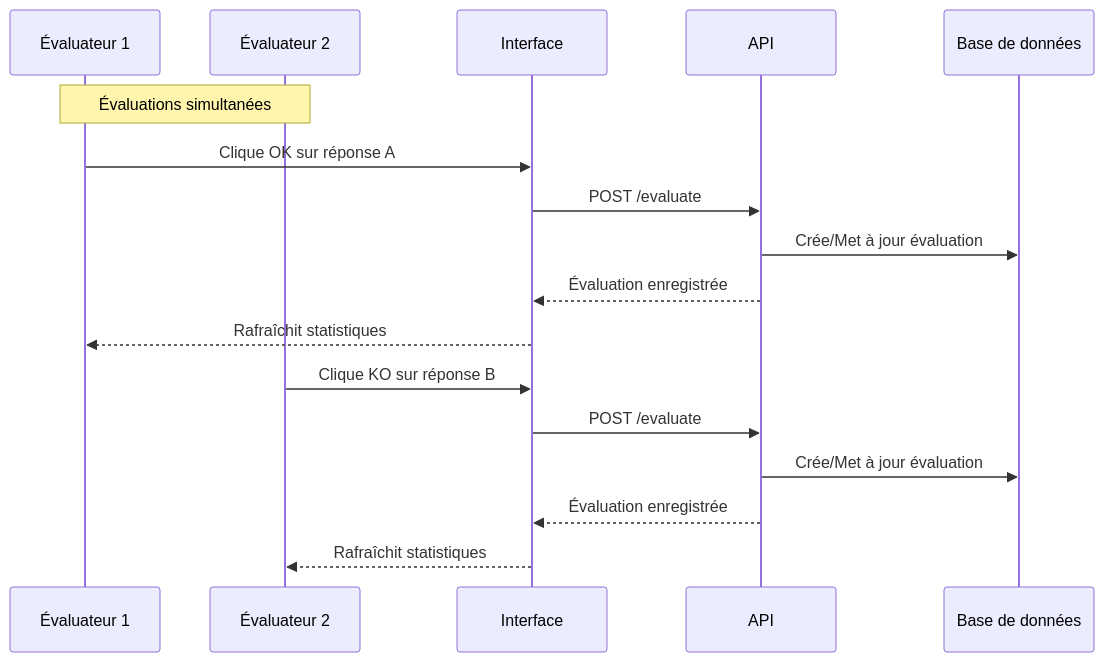
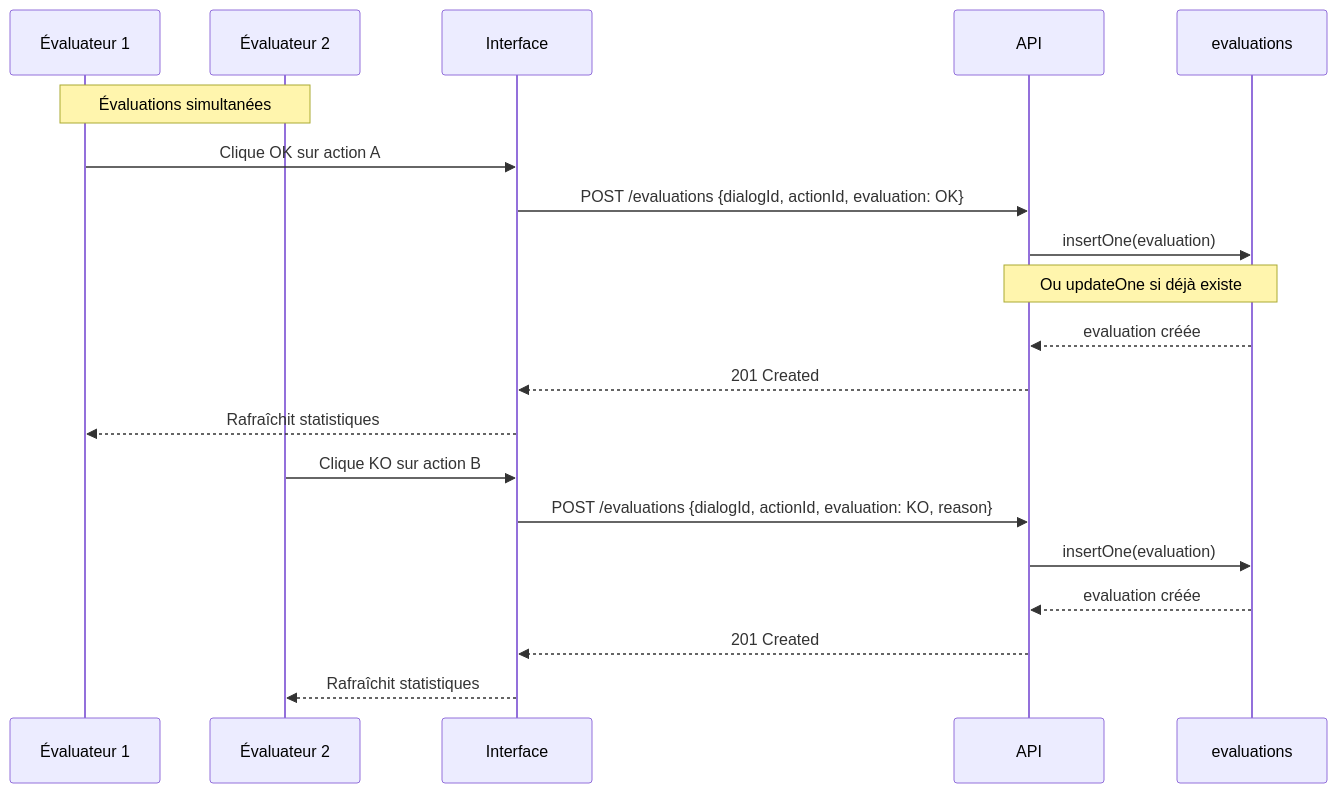
The fourth of 7 diagrams in docs/design/bot-evaluation/TECHNICAL.md (CreditMutuelArkea/tock), drawn with Mermaid before and after one commit. The commit also changed other lines of this file and 4 other files, not shown here.

````diff
--- a/docs/design/bot-evaluation/TECHNICAL.md
+++ b/docs/design/bot-evaluation/TECHNICAL.md
@@ -227,22 +337,25 @@
 ```mermaid
 sequenceDiagram
     participant E1 as Évaluateur 1
     participant E2 as Évaluateur 2
     participant UI as Interface
     participant API as API
-    participant DB as Base de données
+    participant Evals as evaluations
 
     Note over E1,E2: Évaluations simultanées
 
-    E1->>UI: Clique OK sur réponse A
-    UI->>API: POST /evaluate
-    API->>DB: Crée/Met à jour évaluation
-    API-->>UI: Évaluation enregistrée
+    E1->>UI: Clique OK sur action A
+    UI->>API: POST /evaluations {dialogId, actionId, evaluation: OK}
+    API->>Evals: insertOne(evaluation)
+    Note over API,Evals: Ou updateOne si déjà existe
+    Evals-->>API: evaluation créée
+    API-->>UI: 201 Created
     UI-->>E1: Rafraîchit statistiques
 
-    E2->>UI: Clique KO sur réponse B
-    UI->>API: POST /evaluate
-    API->>DB: Crée/Met à jour évaluation
-    API-->>UI: Évaluation enregistrée
+    E2->>UI: Clique KO sur action B
+    UI->>API: POST /evaluations {dialogId, actionId, evaluation: KO, reason}
+    API->>Evals: insertOne(evaluation)
+    Evals-->>API: evaluation créée
+    API-->>UI: 201 Created
     UI-->>E2: Rafraîchit statistiques
 ```
````
